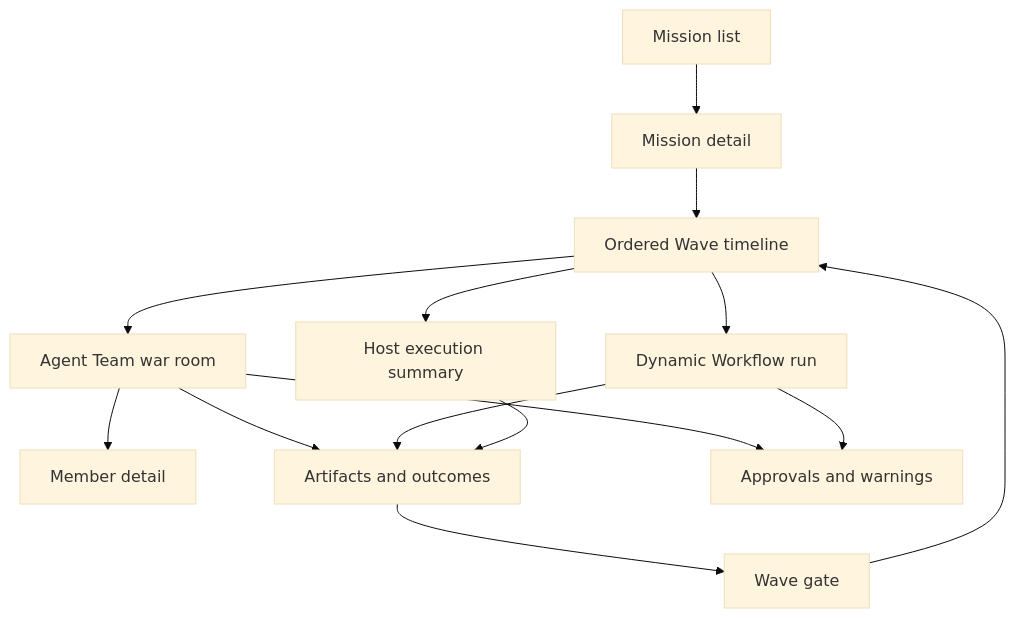
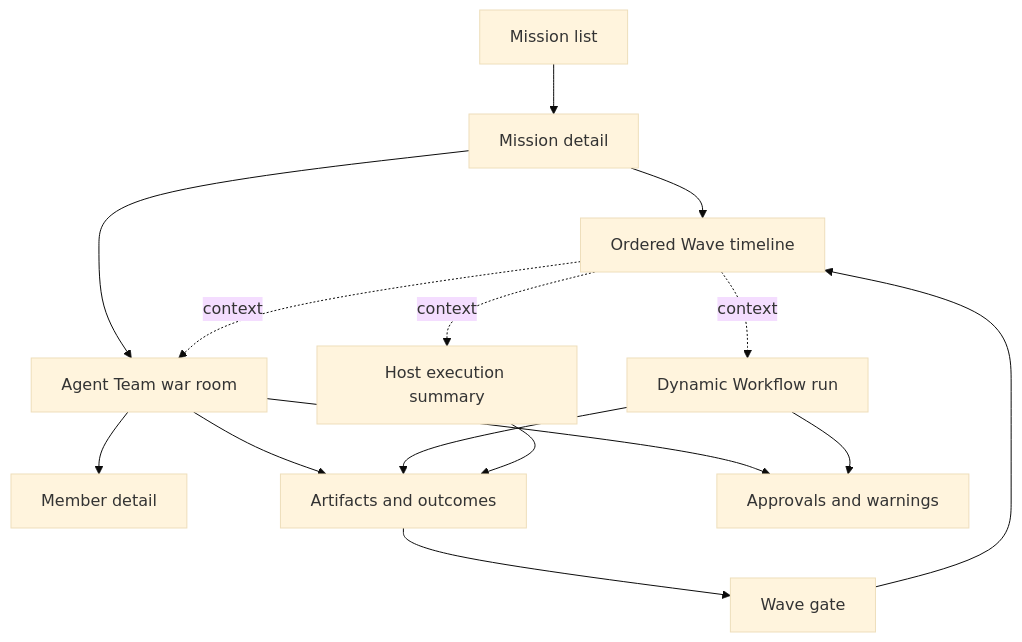
The diagram in docs/dashboard.md (cyl19970726/multi-agent-harness), drawn with Mermaid (base theme) before and after one commit. The commit also changed other lines of this file and 81 other files, not shown here.

Commit message:
feat: make waves host plans and teams mission scoped

````diff
--- a/docs/dashboard.md
+++ b/docs/dashboard.md
@@ -41,27 +43,28 @@
 ```mermaid
 flowchart TD
   Missions[Mission list]
   Mission[Mission detail]
   Waves[Ordered Wave timeline]
   Team[Agent Team war room]
   Workflow[Dynamic Workflow run]
   Host[Host execution summary]
   Member[Member detail]
   Artifacts[Artifacts and outcomes]
   Gate[Wave gate]
   Warnings[Approvals and warnings]
 
   Missions --> Mission
   Mission --> Waves
-  Waves --> Team
-  Waves --> Workflow
-  Waves --> Host
+  Mission --> Team
+  Waves -. context .-> Team
+  Waves -. context .-> Workflow
+  Waves -. context .-> Host
   Team --> Member
   Team --> Artifacts
   Workflow --> Artifacts
   Host --> Artifacts
   Artifacts --> Gate
   Gate --> Waves
   Team --> Warnings
   Workflow --> Warnings
 ```
````
